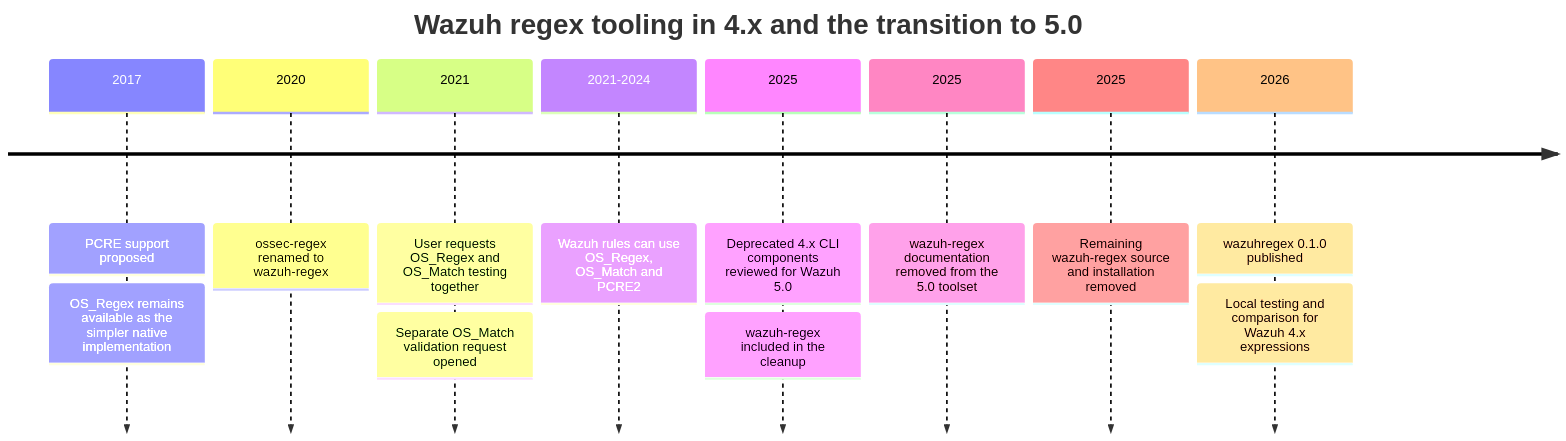
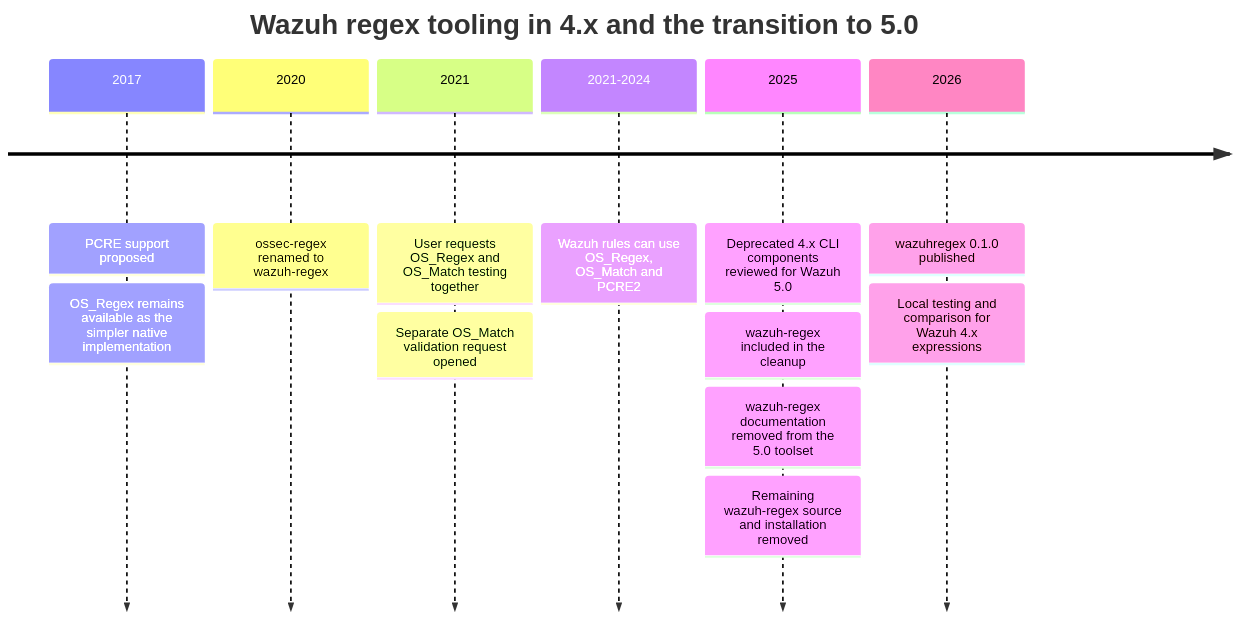
One commit to zbalkan/zbalkan.github.io changed the diagram in _posts/2026-09-03-wazuhregex.md. Above: the diagram before and after it, drawn with Mermaid. The commit also changed other lines of this file, not shown here.

````diff
--- a/_posts/2026-09-03-wazuhregex.md
+++ b/_posts/2026-09-03-wazuhregex.md
@@ -30,24 +30,22 @@
 ```mermaid
 timeline
     title Wazuh regex tooling in 4.x and the transition to 5.0
 
     2017 : PCRE support proposed
          : OS_Regex remains available as the simpler native implementation
 
     2020 : ossec-regex renamed to wazuh-regex
 
     2021 : User requests OS_Regex and OS_Match testing together
          : Separate OS_Match validation request opened
 
     2021-2024 : Wazuh rules can use OS_Regex, OS_Match and PCRE2
 
     2025 : Deprecated 4.x CLI components reviewed for Wazuh 5.0
          : wazuh-regex included in the cleanup
-
-    2025 : wazuh-regex documentation removed from the 5.0 toolset
-
-    2025 : Remaining wazuh-regex source and installation removed
+         : wazuh-regex documentation removed from the 5.0 toolset
+         : Remaining wazuh-regex source and installation removed
 
     2026 : wazuhregex 0.1.0 published
          : Local testing and comparison for Wazuh 4.x expressions
 ```
````
